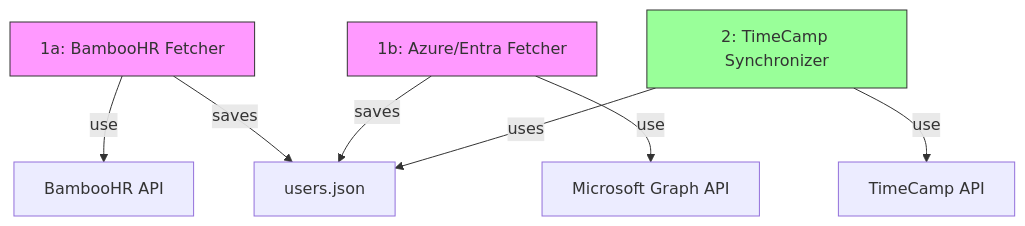
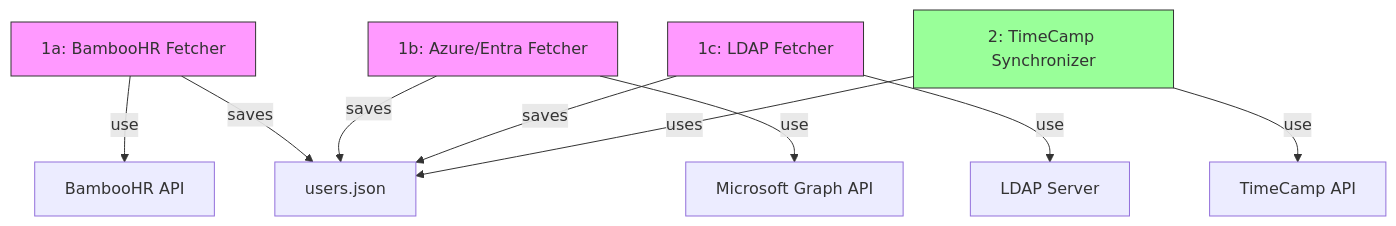
The first of 2 diagrams in README.md (timecamp-org/good-enough-timecamp-scim-integrations), drawn with Mermaid before and after one commit. The commit also changed other lines of this file and 9 other files, not shown here.

````diff
--- a/README.md
+++ b/README.md
@@ -24,13 +26,16 @@
 ```mermaid
 graph TD
     BH[1a: BambooHR Fetcher] -->|use| BAPI[BambooHR API]
     BH -->|saves| JSON[users.json]
     AD[1b: Azure/Entra Fetcher] -->|use| GRAPH[Microsoft Graph API]
     AD -->|saves| JSON
+    LD[1c: LDAP Fetcher] -->|use| LDAPI[LDAP Server]
+    LD -->|saves| JSON
     TC[2: TimeCamp Synchronizer] -->|uses| JSON
     TC -->|use| TAPI[TimeCamp API]
     
     style BH fill:#f9f,stroke:#333
     style AD fill:#f9f,stroke:#333
+    style LD fill:#f9f,stroke:#333
     style TC fill:#9f9,stroke:#333
 ```
````
